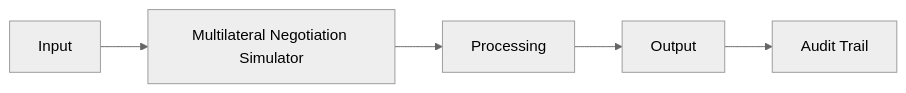
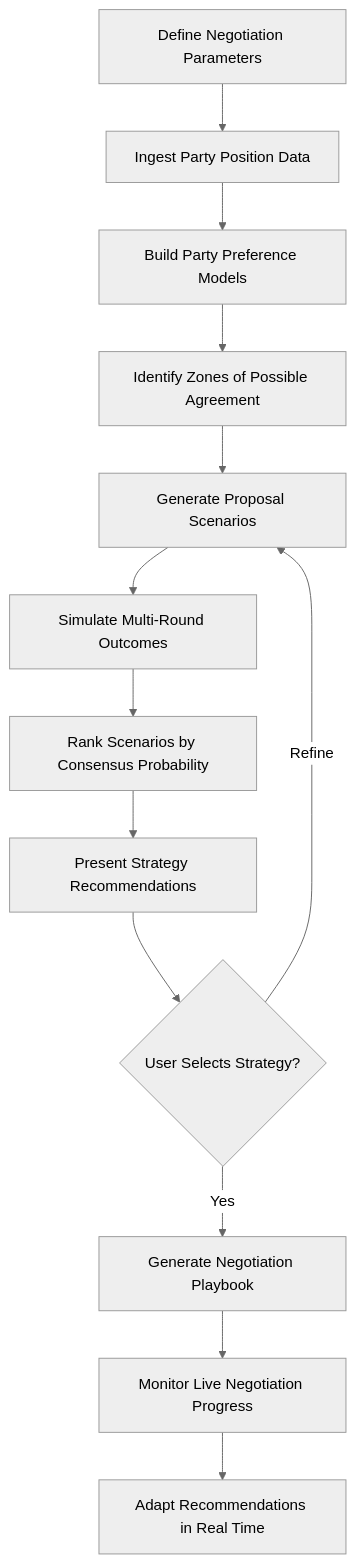
Before and after one commit to andrew-leo-2024/marketplace-docs: the diagram in docs/audiences/04-international-institutions/multilateral-negotiation-simulator.mdx, drawn with Mermaid (neutral theme). The commit also changed other lines of this file and 401 other files, not shown here.

````diff
--- a/docs/audiences/04-international-institutions/multilateral-negotiation-simulator.mdx
+++ b/docs/audiences/04-international-institutions/multilateral-negotiation-simulator.mdx
@@ -29,7 +35,15 @@
 ```mermaid
-graph LR
-    A[Input] --> B[Multilateral Negotiation Simulator]
-    B --> C[Processing]
-    C --> D[Output]
-    D --> E[Audit Trail]
+graph TD
+    A[Define Negotiation Parameters] --> B[Ingest Party Position Data]
+    B --> C[Build Party Preference Models]
+    C --> D[Identify Zones of Possible Agreement]
+    D --> E[Generate Proposal Scenarios]
+    E --> F[Simulate Multi-Round Outcomes]
+    F --> G[Rank Scenarios by Consensus Probability]
+    G --> H[Present Strategy Recommendations]
+    H --> I{User Selects Strategy?}
+    I -->|Yes| J[Generate Negotiation Playbook]
+    I -->|Refine| E
+    J --> K[Monitor Live Negotiation Progress]
+    K --> L[Adapt Recommendations in Real Time]
 ```
````
